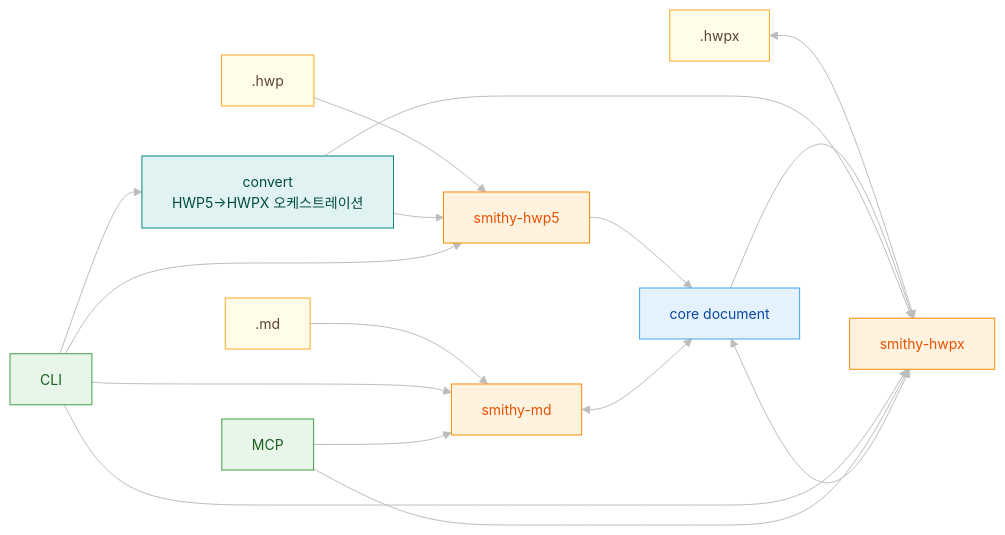
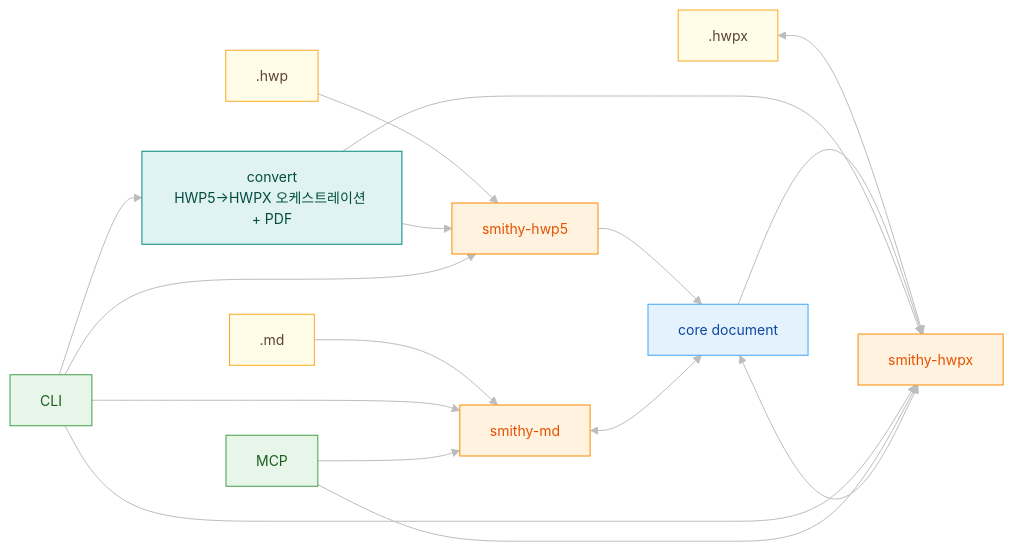
The second of 2 diagrams in README.md (ai-screams/HwpForge), drawn with Mermaid before and after one commit. The commit also changed other lines of this file and 5 other files, not shown here.

````diff
--- a/README.md
+++ b/README.md
@@ -506,28 +518,28 @@
 ```mermaid
 %%{init: {'theme': 'base', 'themeVariables': {'fontSize': '14px', 'lineColor': '#BDBDBD'}}}%%
 flowchart LR
     HWP5[".hwp"]:::file --> SH5["smithy-hwp5"]:::smithy
     MD[".md"]:::file --> SMD["smithy-md"]:::smithy
     HWPX[".hwpx"]:::file <--> SHX["smithy-hwpx"]:::smithy
 
     SH5 --> CORE["core document"]:::core
     SHX <--> CORE
     SMD <--> CORE
     CORE --> SHX
 
-    CONV["convert<br/>HWP5→HWPX 오케스트레이션"]:::convert --> SH5
+    CONV["convert<br/>HWP5→HWPX 오케스트레이션 + PDF"]:::convert --> SH5
     CONV --> SHX
 
     CLI["CLI"]:::binding --> CONV
     CLI --> SH5
     CLI --> SHX
     CLI --> SMD
     MCP["MCP"]:::binding --> SHX
     MCP --> SMD
 
     classDef file fill:#FFFDE7,stroke:#F9A825,color:#5D4037
     classDef smithy fill:#FFF3E0,stroke:#FB8C00,color:#E65100
     classDef convert fill:#E0F2F1,stroke:#00897B,color:#004D40
     classDef core fill:#E3F2FD,stroke:#42A5F5,color:#0D47A1
     classDef binding fill:#E8F5E9,stroke:#43A047,color:#1B5E20
 ```
````
